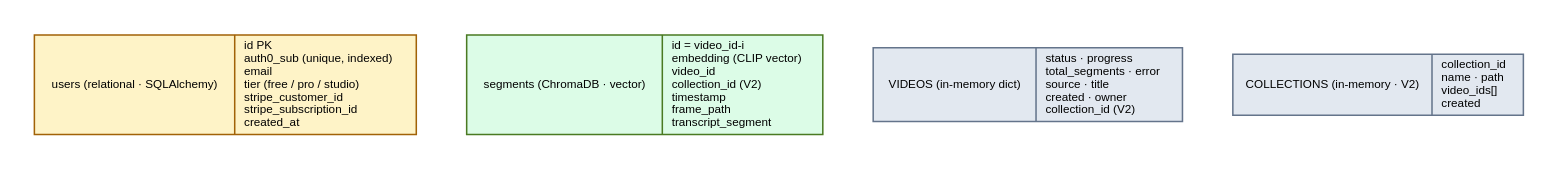
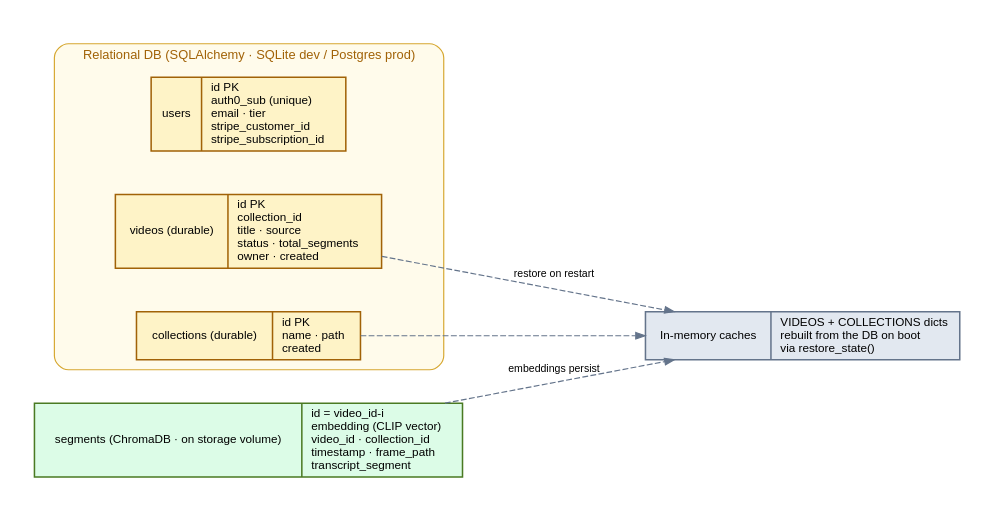
Before and after one commit to ernest-opara/scrubless: the diagram in docs/diagrams/datamodel.dot, drawn with Graphviz. The commit also changed 3 other files, not shown here.

First line of the commit message:
feat: durable storage — library survives restarts

```diff
--- a/docs/diagrams/datamodel.dot
+++ b/docs/diagrams/datamodel.dot
@@ -1,16 +1,22 @@
 digraph data {
-  graph [bgcolor="white", fontname="Helvetica", rankdir=LR, nodesep=0.6, ranksep=0.6, pad=0.3];
+  graph [bgcolor="white", fontname="Helvetica", rankdir=LR, nodesep=0.5, ranksep=0.9, pad=0.3];
   node  [fontname="Helvetica", fontsize=10, shape=record, style="filled", penwidth=1.3];
-  edge  [style=invis];
+  edge  [fontname="Helvetica", fontsize=9, color="#64748b", arrowsize=0.8];
 
-  users [label="{users  (relational · SQLAlchemy)|id  PK\lauth0_sub  (unique, indexed)\lemail\ltier  (free / pro / studio)\lstripe_customer_id\lstripe_subscription_id\lcreated_at\l}",
-         fillcolor="#fef3c7", color="#a16207"];
-  segs  [label="{segments  (ChromaDB · vector)|id = video_id-i\lembedding  (CLIP vector)\lvideo_id\lcollection_id  (V2)\ltimestamp\lframe_path\ltranscript_segment\l}",
-         fillcolor="#dcfce7", color="#4a7a22"];
-  vids  [label="{VIDEOS  (in-memory dict)|status · progress\ltotal_segments · error\lsource · title\lcreated · owner\lcollection_id  (V2)\l}",
-         fillcolor="#e2e8f0", color="#64748b"];
-  colls [label="{COLLECTIONS  (in-memory · V2)|collection_id\lname · path\lvideo_ids[]\lcreated\l}",
-         fillcolor="#e2e8f0", color="#64748b"];
+  subgraph cluster_db {
+    label="Relational DB (SQLAlchemy · SQLite dev / Postgres prod)";
+    fontname="Helvetica"; fontsize=11; fontcolor="#a16207";
+    color="#d6a730"; style="rounded"; bgcolor="#fffbeb";
+    users  [label="{users|id PK\lauth0_sub (unique)\lemail · tier\lstripe_customer_id\lstripe_subscription_id\l}", fillcolor="#fef3c7", color="#a16207"];
+    videos [label="{videos  (durable)|id PK\lcollection_id\ltitle · source\lstatus · total_segments\lowner · created\l}", fillcolor="#fef3c7", color="#a16207"];
+    colls  [label="{collections  (durable)|id PK\lname · path\lcreated\l}", fillcolor="#fef3c7", color="#a16207"];
+  }
 
-  users -> segs -> vids -> colls;
+  segs [label="{segments  (ChromaDB · on storage volume)|id = video_id-i\lembedding  (CLIP vector)\lvideo_id · collection_id\ltimestamp · frame_path\ltranscript_segment\l}", fillcolor="#dcfce7", color="#4a7a22"];
+
+  mem  [label="{In-memory caches|VIDEOS + COLLECTIONS dicts\lrebuilt from the DB on boot\lvia restore_state()\l}", fillcolor="#e2e8f0", color="#64748b"];
+
+  videos -> mem [label="restore on restart", style=dashed];
+  colls  -> mem [style=dashed];
+  segs   -> mem [label="embeddings persist", style=dashed];
 }
```
